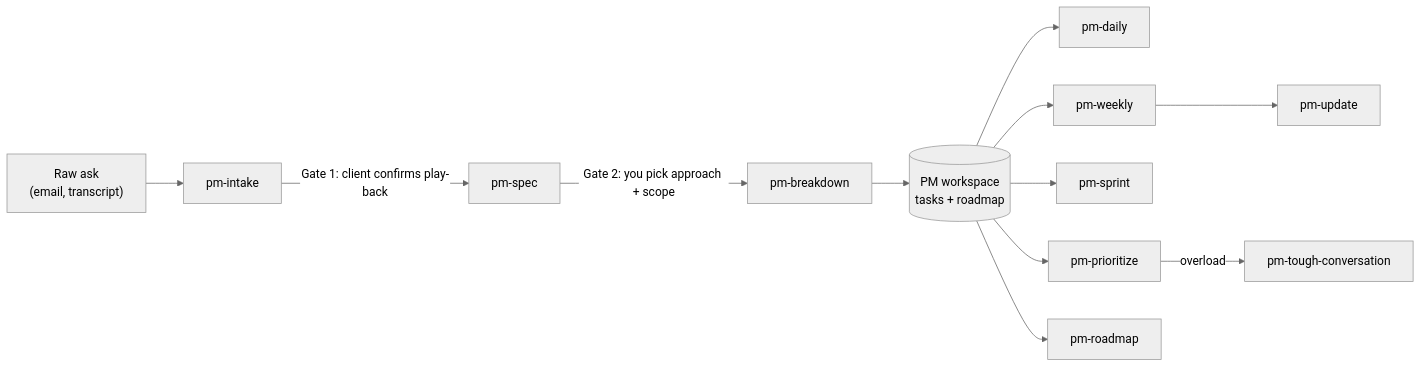
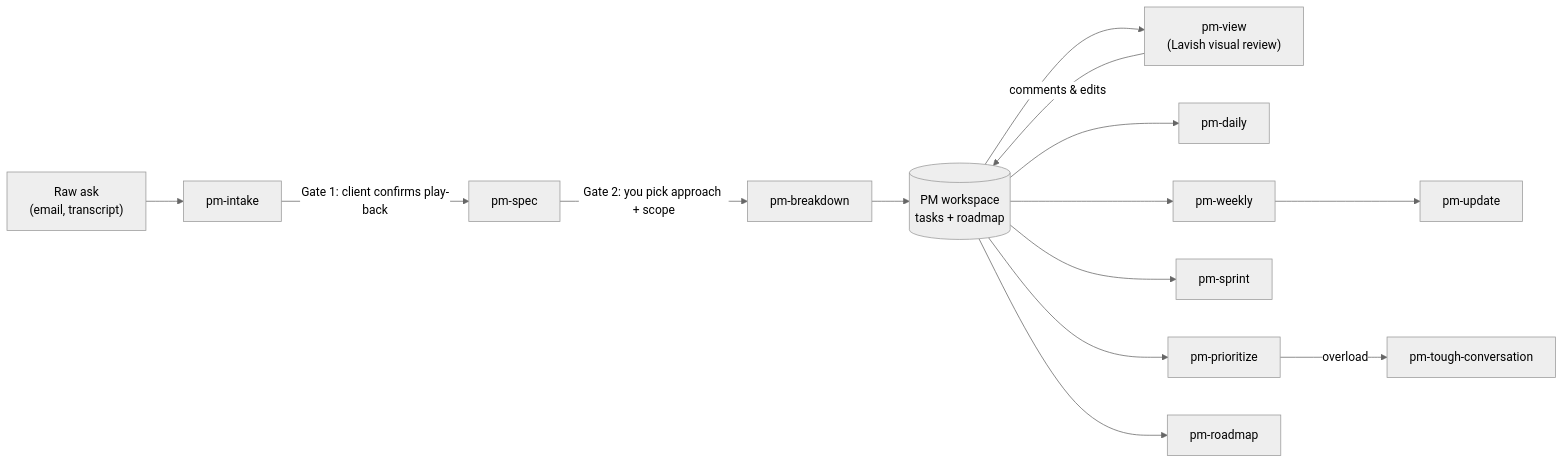
One commit to etreandev/open-pm changed the diagram in README.md. Above: the diagram before and after it, drawn with Mermaid (neutral theme). The commit also changed other lines of this file and 17 other files, not shown here.

````diff
--- a/README.md
+++ b/README.md
@@ -39,14 +40,16 @@
 ```mermaid
 flowchart LR
   A["Raw ask<br/>(email, transcript)"] --> B[pm-intake]
   B -->|"Gate 1: client confirms play-back"| C[pm-spec]
   C -->|"Gate 2: you pick approach + scope"| D[pm-breakdown]
   D --> E[("PM workspace<br/>tasks + roadmap")]
+  E --> V["pm-view<br/>(Lavish visual review)"]
+  V -->|"comments & edits"| E
   E --> F[pm-daily]
   E --> G[pm-weekly]
   E --> H[pm-sprint]
   E --> I[pm-prioritize]
   E --> J[pm-roadmap]
   G --> K[pm-update]
   I -->|overload| L[pm-tough-conversation]
 ```
````
